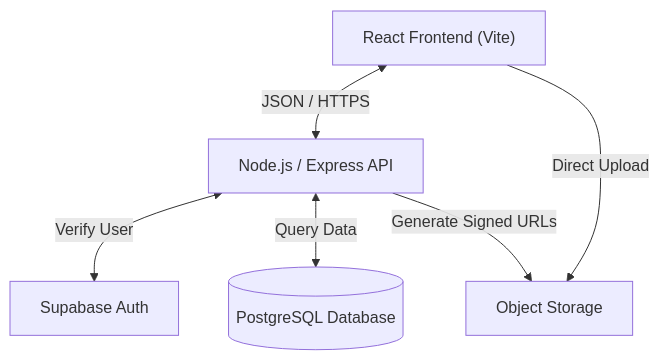
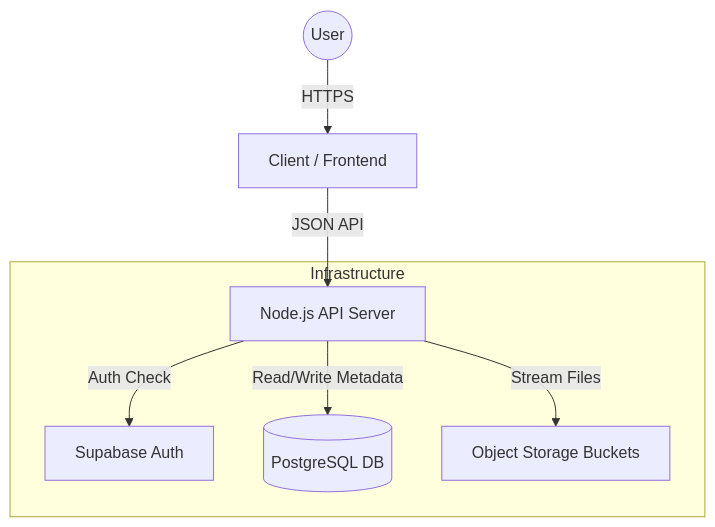
Before and after one commit to MohammedAnsari123/Project-2---Cloud-Based-storage-service---web: the diagram in README.md, drawn with Mermaid. The commit also changed other lines of this file and 8 other files, not shown here.

````diff
--- a/README.md
+++ b/README.md
@@ -58,14 +33,11 @@
 ```mermaid
 flowchart TD
-    Client["React Frontend (Vite)"] 
-    API["Node.js / Express API"]
-    Auth["Supabase Auth"]
-    DB[("PostgreSQL Database")]
-    Storage["Object Storage"]
-
-    Client <-->|"JSON / HTTPS"| API
-    Client -->|"Direct Upload"| Storage
-    API <-->|"Verify User"| Auth
-    API <-->|"Query Data"| DB
-    API -->|"Generate Signed URLs"| Storage
+    User((User)) -->|HTTPS| LoadBalancer[Client / Frontend]
+    LoadBalancer -->|JSON API| API[Node.js API Server]
+    
+    subgraph Infrastructure
+        API -->|Auth Check| SupabaseAuth[Supabase Auth]
+        API -->|Read/Write Metadata| Postgres[(PostgreSQL DB)]
+        API -->|Stream Files| S3[Object Storage Buckets]
+    end
 ```
````
